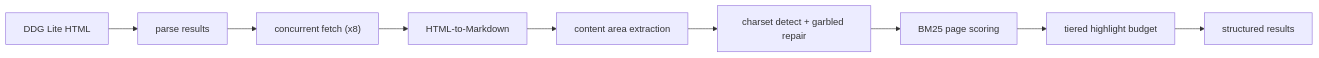
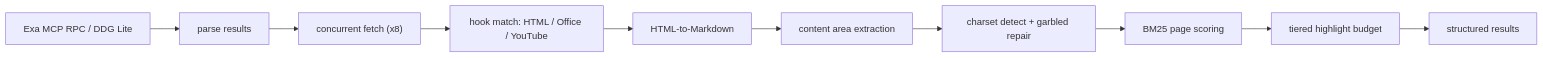
The diagram in README.md (Proof-of-Ineffective-Input/Lex), drawn with Mermaid before and after one commit. The commit also changed other lines of this file and 1 other file, not shown here.

Commit message:
docs: update positioning to local-first exa-like alternative

````diff
--- a/README.md
+++ b/README.md
@@ -64,11 +70,12 @@
 ```mermaid
 flowchart LR
-  A["DDG Lite HTML"] --> B["parse results"]
+  A["Exa MCP RPC / DDG Lite"] --> B["parse results"]
   B --> C["concurrent fetch (x8)"]
-  C --> D["HTML-to-Markdown"]
-  D --> E["content area extraction"]
-  E --> F["charset detect + garbled repair"]
-  F --> G["BM25 page scoring"]
-  G --> H["tiered highlight budget"]
-  H --> I["structured results"]
+  C --> D["hook match: HTML / Office / YouTube"]
+  D --> E["HTML-to-Markdown"]
+  E --> F["content area extraction"]
+  F --> G["charset detect + garbled repair"]
+  G --> H["BM25 page scoring"]
+  H --> I["tiered highlight budget"]
+  I --> J["structured results"]
 ```
````
